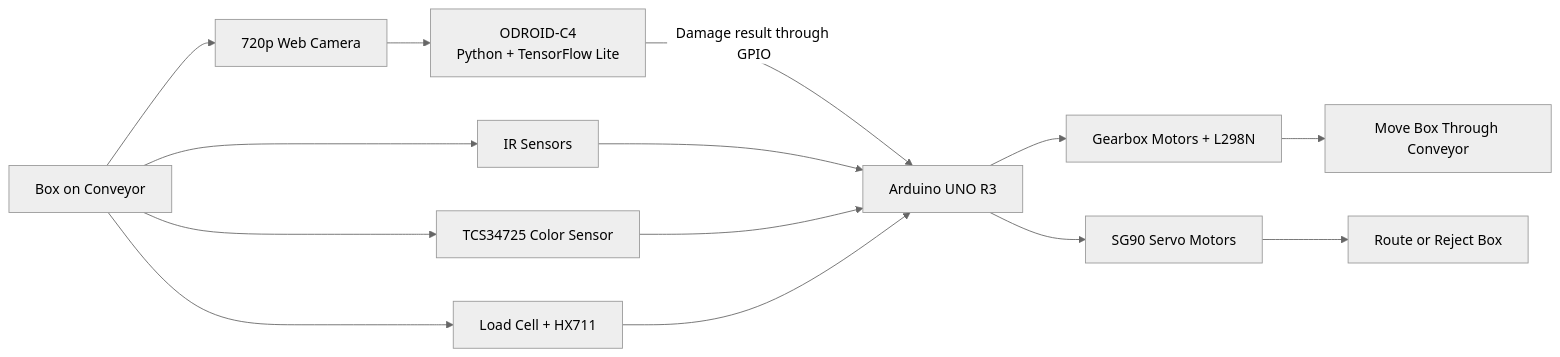
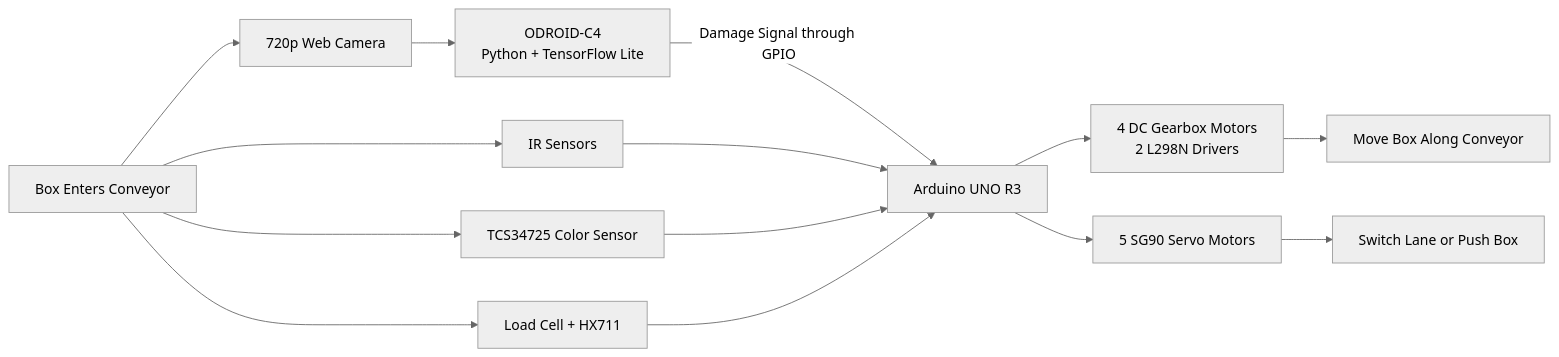
The first of 2 diagrams in README.md (sanpipop/Arduino-Based-Conveyor-Belt-Sorting-System), drawn with Mermaid (neutral theme) before and after one commit. The commit also changed other lines of this file, not shown here.

````diff
--- a/README.md
+++ b/README.md
@@ -13,19 +13,20 @@
 ```mermaid
 flowchart LR
-    Box[Box on Conveyor] --> IR[IR Sensors]
+    Box[Box Enters Conveyor] --> IR[IR Sensors]
     Box --> Color[TCS34725 Color Sensor]
     Box --> Weight[Load Cell + HX711]
     Box --> Camera[720p Web Camera]
 
     Camera --> ODROID[ODROID-C4<br/>Python + TensorFlow Lite]
-    ODROID -->|Damage result through GPIO| Arduino[Arduino UNO R3]
+    ODROID -->|Damage Signal through GPIO| Arduino[Arduino UNO R3]
 
     IR --> Arduino
     Color --> Arduino
     Weight --> Arduino
 
-    Arduino --> Motors[Gearbox Motors + L298N]
-    Arduino --> Servos[SG90 Servo Motors]
-    Motors --> Route[Move Box Through Conveyor]
-    Servos --> Sort[Route or Reject Box]
+    Arduino --> Motors[4 DC Gearbox Motors<br/>2 L298N Drivers]
+    Arduino --> Servos[5 SG90 Servo Motors]
+
+    Motors --> Move[Move Box Along Conveyor]
+    Servos --> Actuate[Switch Lane or Push Box]
 ```
````
